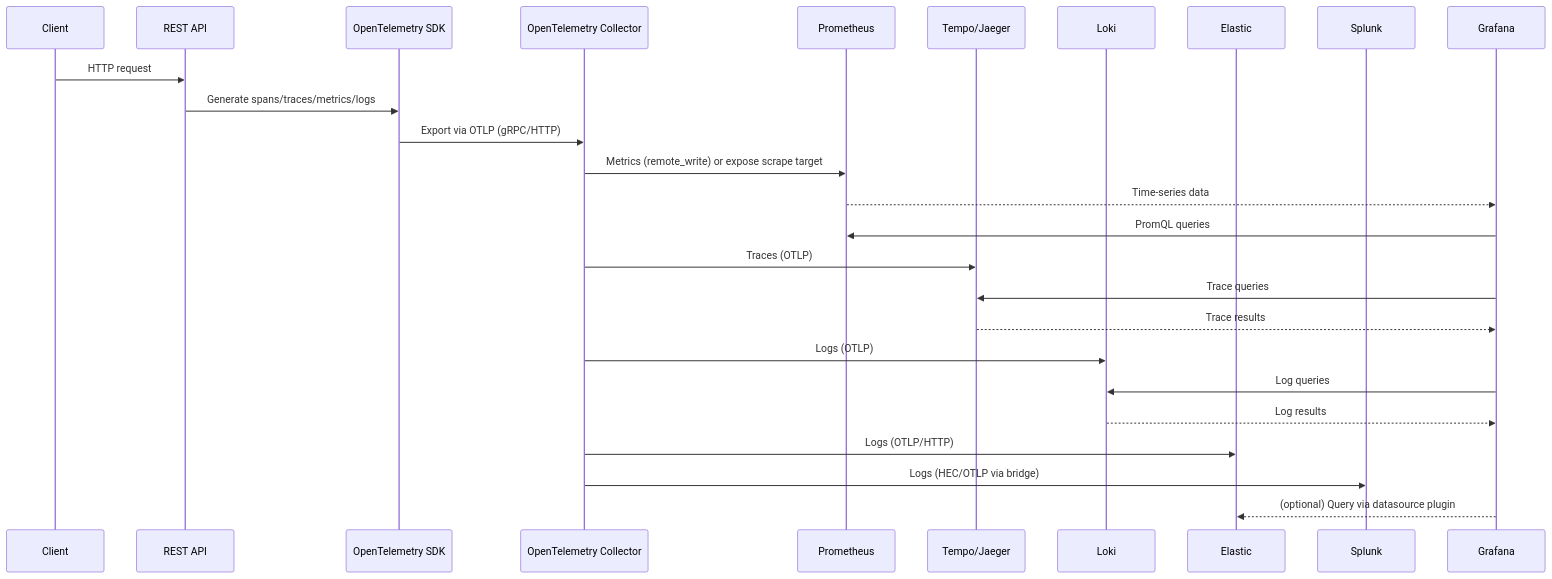
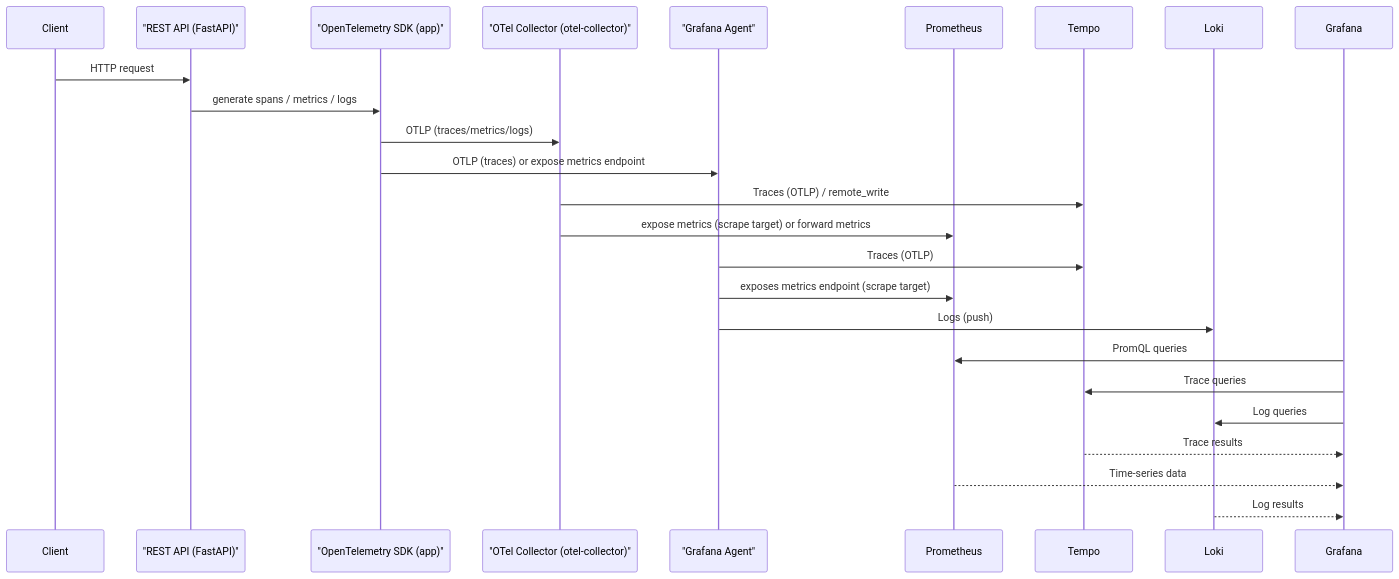
Before and after one commit to cmskzhan/Infra: the diagram in rpi/fastapi-sample-app/README.md, drawn with Mermaid. The commit also changed other lines of this file and 4 other files, not shown here.

````diff
--- a/rpi/fastapi-sample-app/README.md
+++ b/rpi/fastapi-sample-app/README.md
@@ -84,48 +95,35 @@
 ```mermaid
-
-
-
 sequenceDiagram
-    %% Participants
     participant Client
-    participant REST_API as REST API
-    participant OTel_SDK as OpenTelemetry SDK
-    participant OTel_Collector as OpenTelemetry Collector
+    participant REST_API as "REST API (FastAPI)"
+    participant OTel_SDK as "OpenTelemetry SDK (app)"
+    participant OTel_Collector as "OTel Collector (otel-collector)"
+    participant Grafana_Agent as "Grafana Agent"
     participant Prometheus
-    participant Tempo/Jaeger
+    participant Tempo
     participant Loki
-    participant Elastic
-    participant Splunk
     participant Grafana
 
-    %% Request path and SDK generation
     Client->>REST_API: HTTP request
-    REST_API->>OTel_SDK: Generate spans/traces/metrics/logs
+    REST_API->>OTel_SDK: generate spans / metrics / logs
 
-    %% SDK exports to Collector
-    OTel_SDK->>OTel_Collector: Export via OTLP (gRPC/HTTP)
+    %% App -> Collector/Agent
+    OTel_SDK->>OTel_Collector: OTLP (traces/metrics/logs)
+    OTel_SDK->>Grafana_Agent: OTLP (traces) or expose metrics endpoint
 
-    %% Metrics path
-    OTel_Collector->>Prometheus: Metrics (remote_write) or expose scrape target
+    %% Collector -> Backends
+    OTel_Collector->>Tempo: Traces (OTLP) / remote_write
+    OTel_Collector->>Prometheus: expose metrics (scrape target) or forward metrics
+    Grafana_Agent->>Tempo: Traces (OTLP)
+    Grafana_Agent->>Prometheus: exposes metrics endpoint (scrape target)
+    Grafana_Agent->>Loki: Logs (push)
+
+    %% Queries
+    Grafana->>Prometheus: PromQL queries
+    Grafana->>Tempo: Trace queries
+    Grafana->>Loki: Log queries
+
+    Tempo-->>Grafana: Trace results
     Prometheus-->>Grafana: Time-series data
-    Grafana->>Prometheus: PromQL queries
-
-    %% Traces path
-    OTel_Collector->>Tempo/Jaeger: Traces (OTLP)
-    Grafana->>Tempo/Jaeger: Trace queries
-    Tempo/Jaeger-->>Grafana: Trace results
-
-    %% Logs paths
-    OTel_Collector->>Loki: Logs (OTLP)
-    Grafana->>Loki: Log queries
     Loki-->>Grafana: Log results
-
-    %% Optional enterprise log backends
-    OTel_Collector->>Elastic: Logs (OTLP/HTTP)
-    OTel_Collector->>Splunk: Logs (HEC/OTLP via bridge)
-
-    %% Optional queries (if configured)
-    Grafana-->>Elastic: (optional) Query via datasource plugin
-    %% Splunk is typically queried via Splunk UI; Grafana integration is uncommon
-
 ```
````
